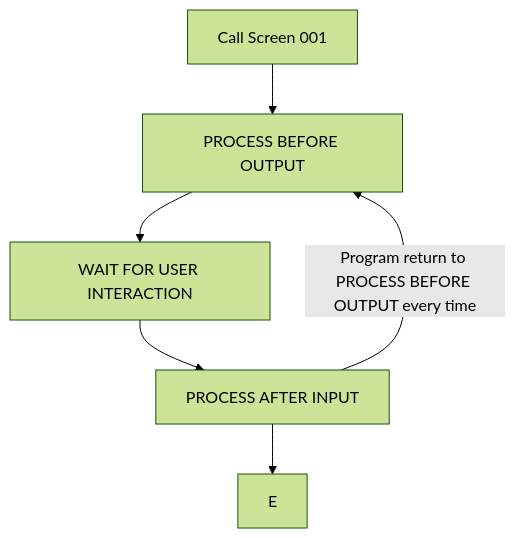
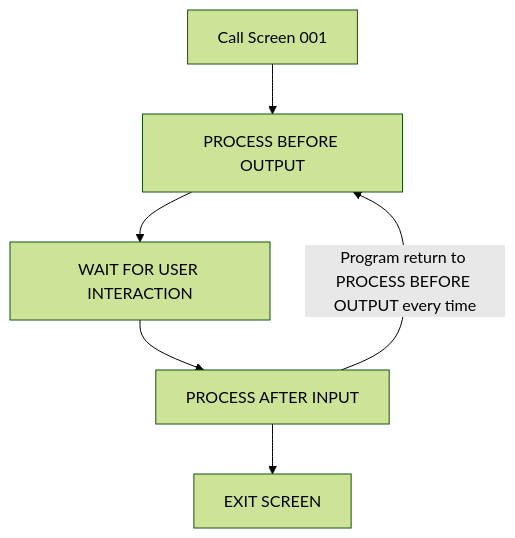
The diagram in Exercice4.md (Fabeure/ABAP-Initiation), drawn with Mermaid (forest theme) before and after one commit.

````diff
--- a/Exercice4.md
+++ b/Exercice4.md
@@ -37,9 +37,9 @@
     ``` mermaid
       graph TD;
             A[Call Screen 001]-->B[PROCESS BEFORE OUTPUT];
             B[PROCESS BEFORE OUTPUT]-->C[WAIT FOR USER INTERACTION];
             C[WAIT FOR USER INTERACTION]-->D[PROCESS AFTER INPUT];
-            D -->E;
+            D -->E[EXIT SCREEN];
             D -- Program return to PROCESS BEFORE OUTPUT every time -->B;
             
     ```
````
